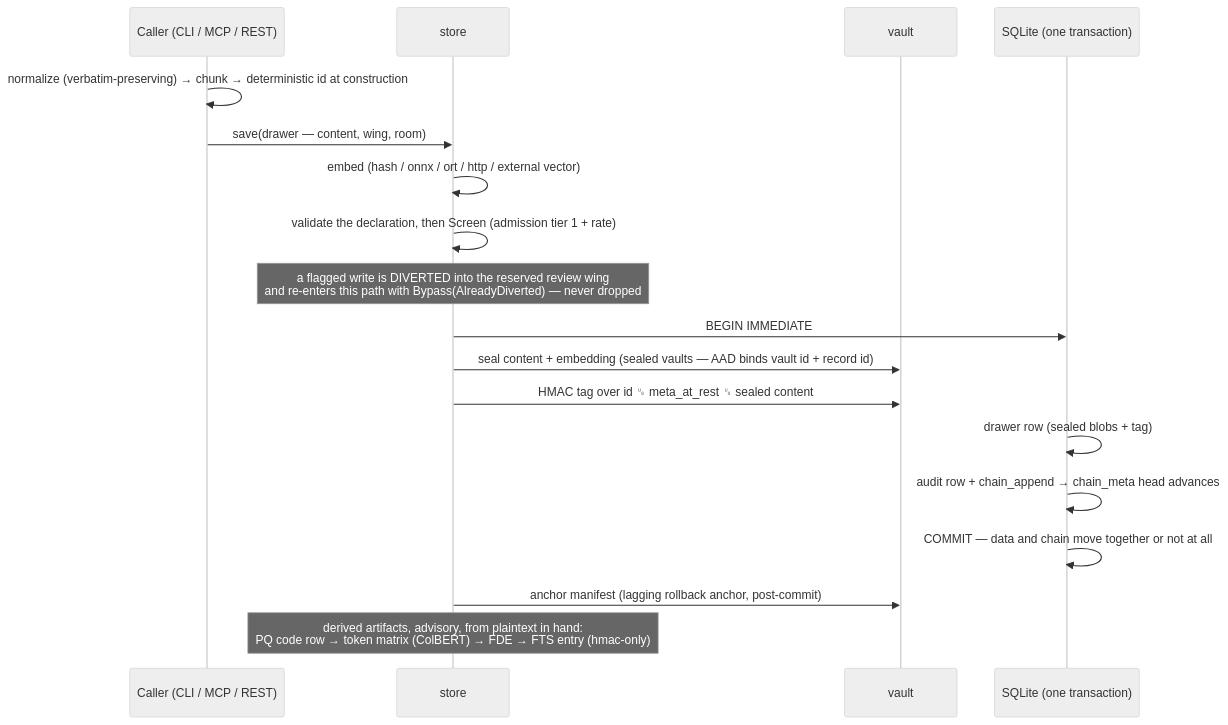
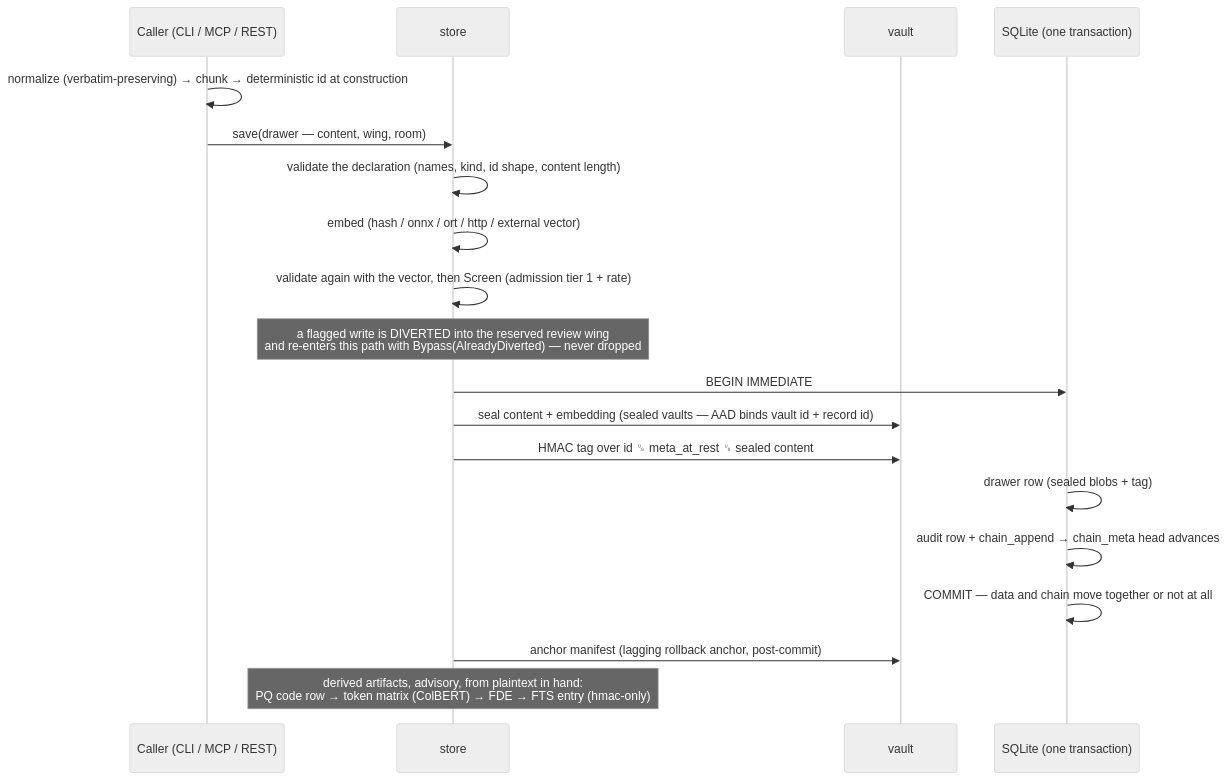
The third of 4 diagrams in docs/architecture.md (sealcroft/undercroft), drawn with Mermaid (neutral theme) before and after one commit. The commit also changed 16 other files, not shown here.

````diff
--- a/docs/architecture.md
+++ b/docs/architecture.md
@@ -128,20 +128,21 @@
 ```mermaid
 sequenceDiagram
     participant C as Caller (CLI / MCP / REST)
     participant S as store
     participant V as vault
     participant DB as SQLite (one transaction)
     C->>C: normalize (verbatim-preserving) → chunk → deterministic id at construction
     C->>S: save(drawer — content, wing, room)
+    S->>S: validate the declaration (names, kind, id shape, content length)
     S->>S: embed (hash / onnx / ort / http / external vector)
-    S->>S: validate the declaration, then Screen (admission tier 1 + rate)
+    S->>S: validate again with the vector, then Screen (admission tier 1 + rate)
     Note over S: a flagged write is DIVERTED into the reserved review wing<br/>and re-enters this path with Bypass(AlreadyDiverted) — never dropped
     S->>DB: BEGIN IMMEDIATE
     S->>V: seal content + embedding (sealed vaults — AAD binds vault id + record id)
     S->>V: HMAC tag over id ␟ meta_at_rest ␟ sealed content
     DB->>DB: drawer row (sealed blobs + tag)
     DB->>DB: audit row + chain_append → chain_meta head advances
     DB->>DB: COMMIT  — data and chain move together or not at all
     S->>V: anchor manifest (lagging rollback anchor, post-commit)
     Note over S: derived artifacts, advisory, from plaintext in hand:<br/>PQ code row → token matrix (ColBERT) → FDE → FTS entry (hmac-only)
 ```
````
